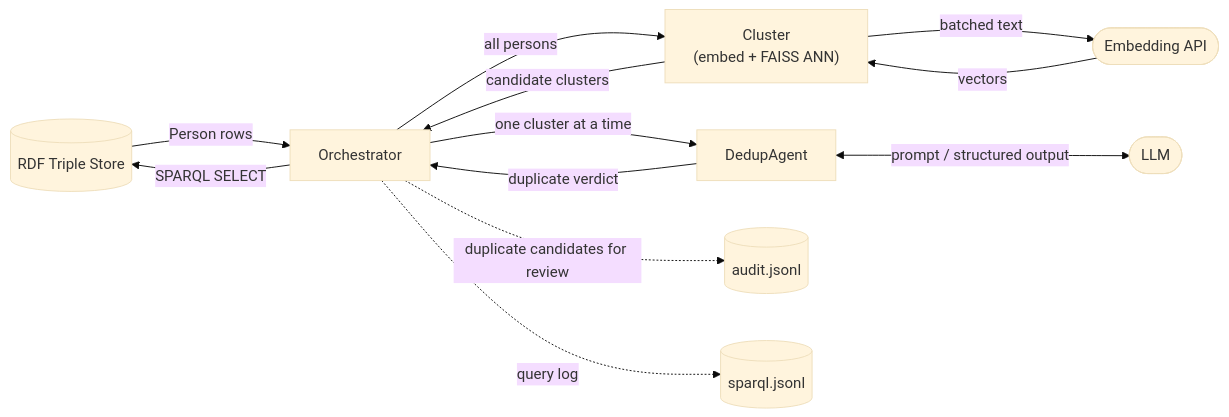
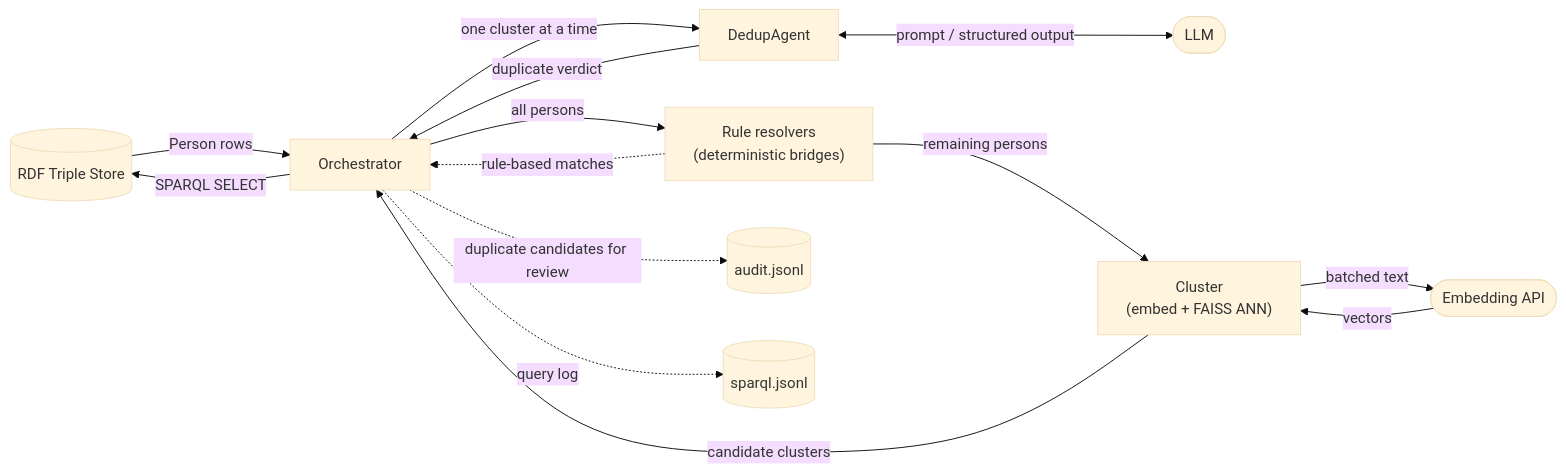
The diagram in README.md (lsgier/kgent), drawn with Mermaid (base theme) before and after one commit. The commit also changed other lines of this file and 6 other files, not shown here.

Commit message:
Add rule-based pre-resolution for deterministic duplicate categories

````diff
--- a/README.md
+++ b/README.md
@@ -3,18 +3,20 @@
 ```mermaid
 flowchart LR
     TS[(RDF Triple Store)]
     EMB([Embedding API])
     LLM([LLM])
 
     Orchestrator -->|SPARQL SELECT| TS
     TS -->|Person rows| Orchestrator
-    Orchestrator -->|all persons| Cluster["Cluster\n(embed + FAISS ANN)"]
+    Orchestrator -->|all persons| Rules["Rule resolvers\n(deterministic bridges)"]
+    Rules -->|remaining persons| Cluster["Cluster\n(embed + FAISS ANN)"]
     Cluster -->|batched text| EMB
     EMB -->|vectors| Cluster
     Cluster -->|candidate clusters| Orchestrator
     Orchestrator -->|one cluster at a time| DedupAgent
     DedupAgent <-->|prompt / structured output| LLM
     DedupAgent -->|duplicate verdict| Orchestrator
+    Rules -.->|rule-based matches| Orchestrator
     Orchestrator -.->|duplicate candidates for review| AuditLog[(audit.jsonl)]
     Orchestrator -.->|query log| SPARQLLog[(sparql.jsonl)]
 ```
````
